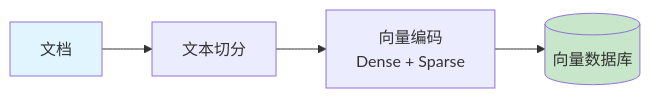
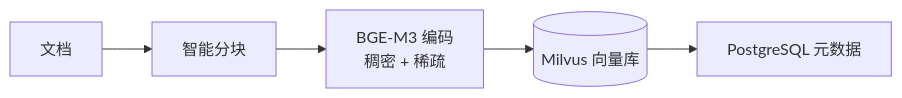
One commit to lg114/RagMate changed the first of 2 diagrams in README_zh.md. Above: the diagram before and after it, drawn with Mermaid. The commit also changed other lines of this file and 1 other file, not shown here.

````diff
--- a/README_zh.md
+++ b/README_zh.md
@@ -34,9 +161,7 @@
 ```mermaid
 flowchart LR
-    A[文档] --> B[文本切分]
-    B --> C[向量编码\nDense + Sparse]
-    C --> D[(向量数据库)]
-
-    style A fill:#e1f5fe
-    style D fill:#c8e6c9
+    A[文档] --> B[智能分块]
+    B --> C[BGE-M3 编码\n稠密 + 稀疏]
+    C --> D[(Milvus 向量库)]
+    D --> E[PostgreSQL 元数据]
 ```
````
